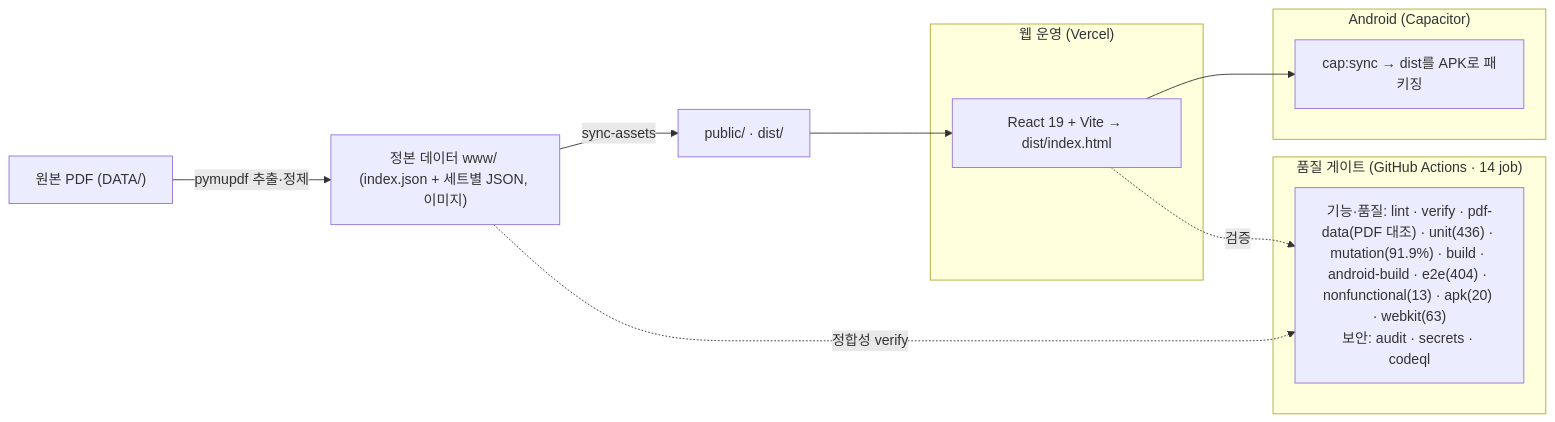
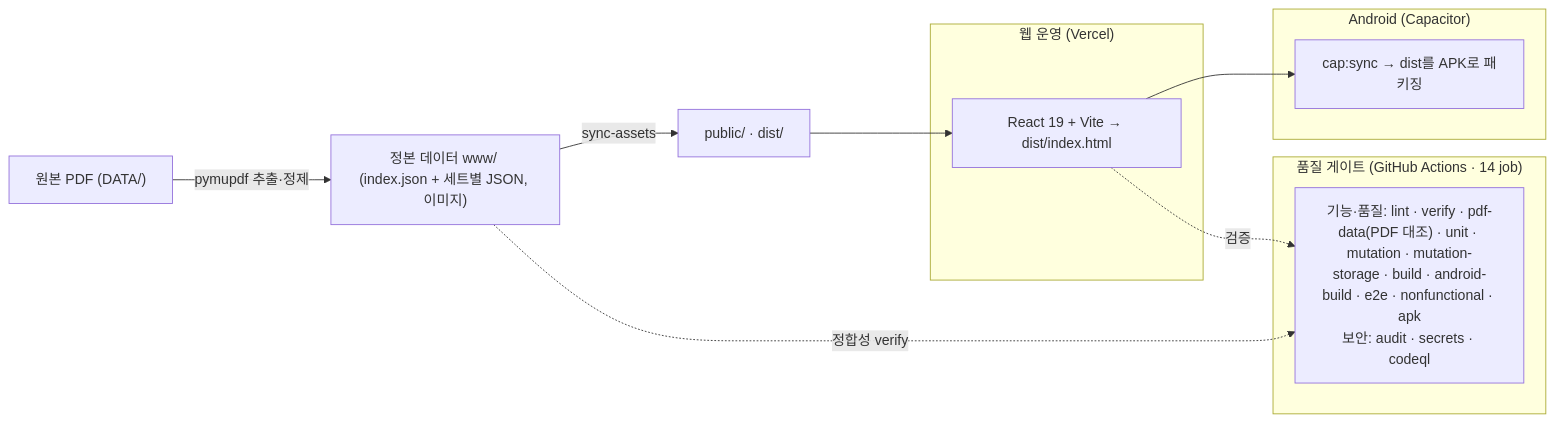
One commit to WindowHyun/ISTQB changed the diagram in README.md. Above: the diagram before and after it, drawn with Mermaid. The commit also changed other lines of this file and 12 other files, not shown here.

````diff
--- a/README.md
+++ b/README.md
@@ -199,20 +199,20 @@
 ```mermaid
 flowchart LR
   PDF["원본 PDF (DATA/)"] -->|pymupdf 추출·정제| SRC["정본 데이터 www/ (index.json + 세트별 JSON, 이미지)"]
   SRC -->|sync-assets| PUB["public/ · dist/"]
 
   subgraph 웹_운영["웹 운영 (Vercel)"]
     REACT["React 19 + Vite → dist/index.html"]
   end
   subgraph APK["Android (Capacitor)"]
     CAP["cap:sync → dist를 APK로 패키징"]
   end
   PUB --> REACT
   REACT --> CAP
 
   subgraph 품질["품질 게이트 (GitHub Actions · 14 job)"]
-    CI["기능·품질: lint · verify · pdf-data(PDF 대조) · unit(436) · mutation(91.9%) · build · android-build · e2e(404) · nonfunctional(13) · apk(20) · webkit(63)<br/>보안: audit · secrets · codeql"]
+    CI["기능·품질: lint · verify · pdf-data(PDF 대조) · unit · mutation · mutation-storage · build · android-build · e2e · nonfunctional · apk<br/>보안: audit · secrets · codeql"]
   end
   REACT -.검증.-> CI
   SRC -.정합성 verify.-> CI
 ```
````
